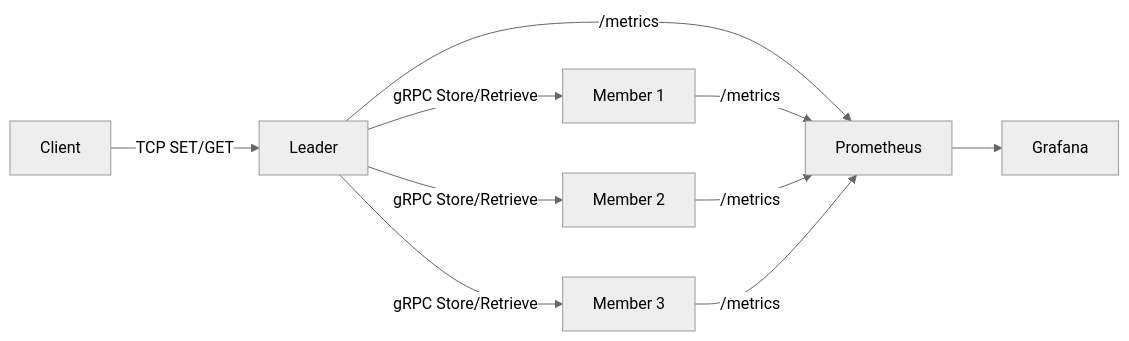
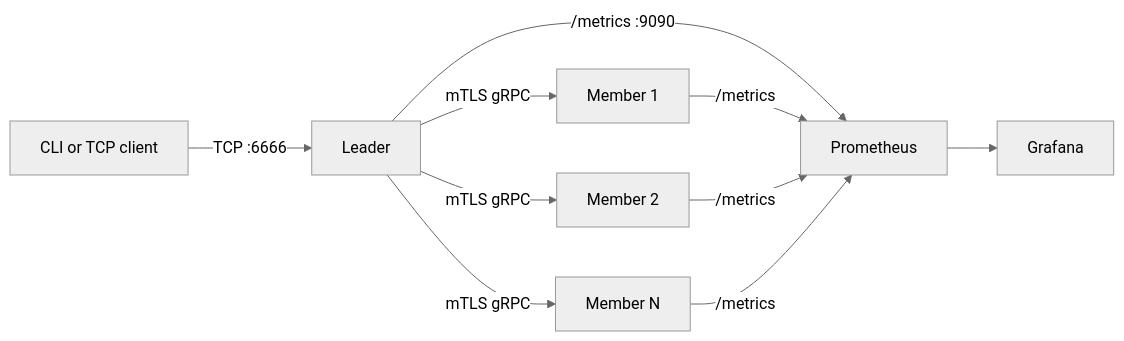
The diagram in README.md (YasinEnginn/Tolerex), drawn with Mermaid (neutral theme) before and after one commit. The commit also changed other lines of this file and 251 other files, not shown here.

````diff
--- a/README.md
+++ b/README.md
@@ -302,12 +12,12 @@
 ```mermaid
 flowchart LR
-  C[Client] -->|TCP SET/GET| L[Leader]
-  L -->|gRPC Store/Retrieve| M1[Member 1]
-  L -->|gRPC Store/Retrieve| M2[Member 2]
-  L -->|gRPC Store/Retrieve| M3[Member 3]
-  L -->|/metrics| P[Prometheus]
-  M1 -->|/metrics| P
-  M2 -->|/metrics| P
-  M3 -->|/metrics| P
-  P --> G[Grafana]
+    C[CLI or TCP client] -->|TCP :6666| L[Leader]
+    L -->|mTLS gRPC| M1[Member 1]
+    L -->|mTLS gRPC| M2[Member 2]
+    L -->|mTLS gRPC| MN[Member N]
+    L -->|/metrics :9090| P[Prometheus]
+    M1 -->|/metrics| P
+    M2 -->|/metrics| P
+    MN -->|/metrics| P
+    P --> G[Grafana]
 ```
````
